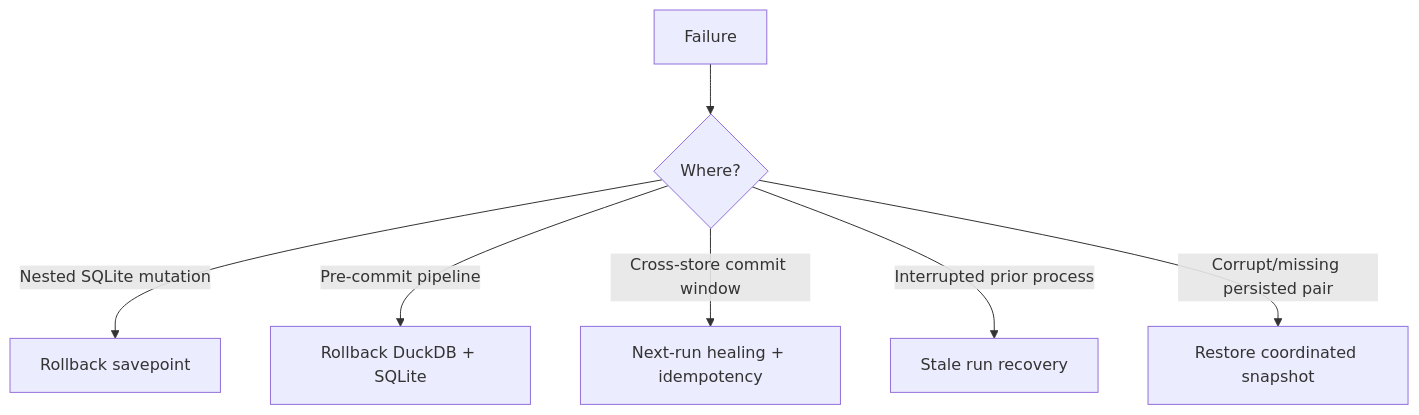
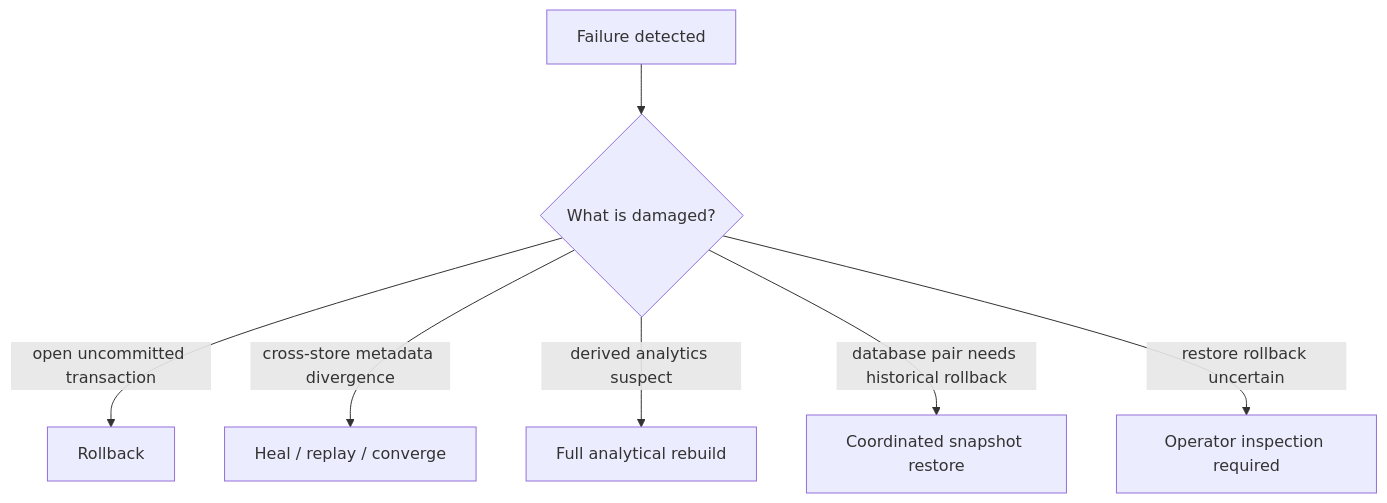
One commit to tks18/personal-finance-etl changed the seventh of 7 diagrams in docs/architecture/reliability-and-recovery.md. Above: the diagram before and after it, drawn with Mermaid. The commit also changed other lines of this file and 10 other files, not shown here.

Commit message:
docs: update docs/architecture for latest version

````diff
--- a/docs/architecture/reliability-and-recovery.md
+++ b/docs/architecture/reliability-and-recovery.md
@@ -339,9 +462,9 @@
 ```mermaid
 flowchart TD
-    F[Failure] --> Q{Where?}
-    Q -->|Nested SQLite mutation| SP[Rollback savepoint]
-    Q -->|Pre-commit pipeline| TX[Rollback DuckDB + SQLite]
-    Q -->|Cross-store commit window| H[Next-run healing + idempotency]
-    Q -->|Interrupted prior process| SR[Stale run recovery]
-    Q -->|Corrupt/missing persisted pair| REST[Restore coordinated snapshot]
+    F[Failure detected] --> Q{What is damaged?}
+    Q -->|open uncommitted transaction| R1[Rollback]
+    Q -->|cross-store metadata divergence| R2[Heal / replay / converge]
+    Q -->|derived analytics suspect| R3[Full analytical rebuild]
+    Q -->|database pair needs historical rollback| R4[Coordinated snapshot restore]
+    Q -->|restore rollback uncertain| R5[Operator inspection required]
 ```
````
